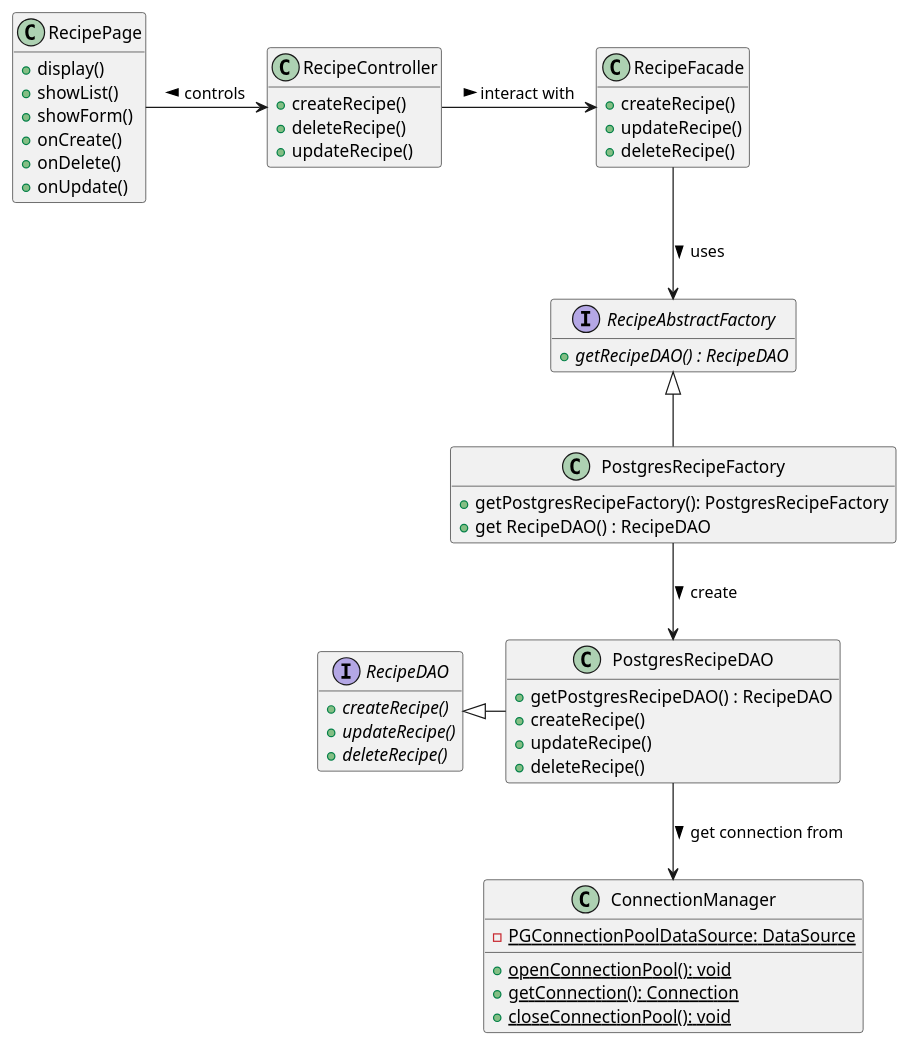
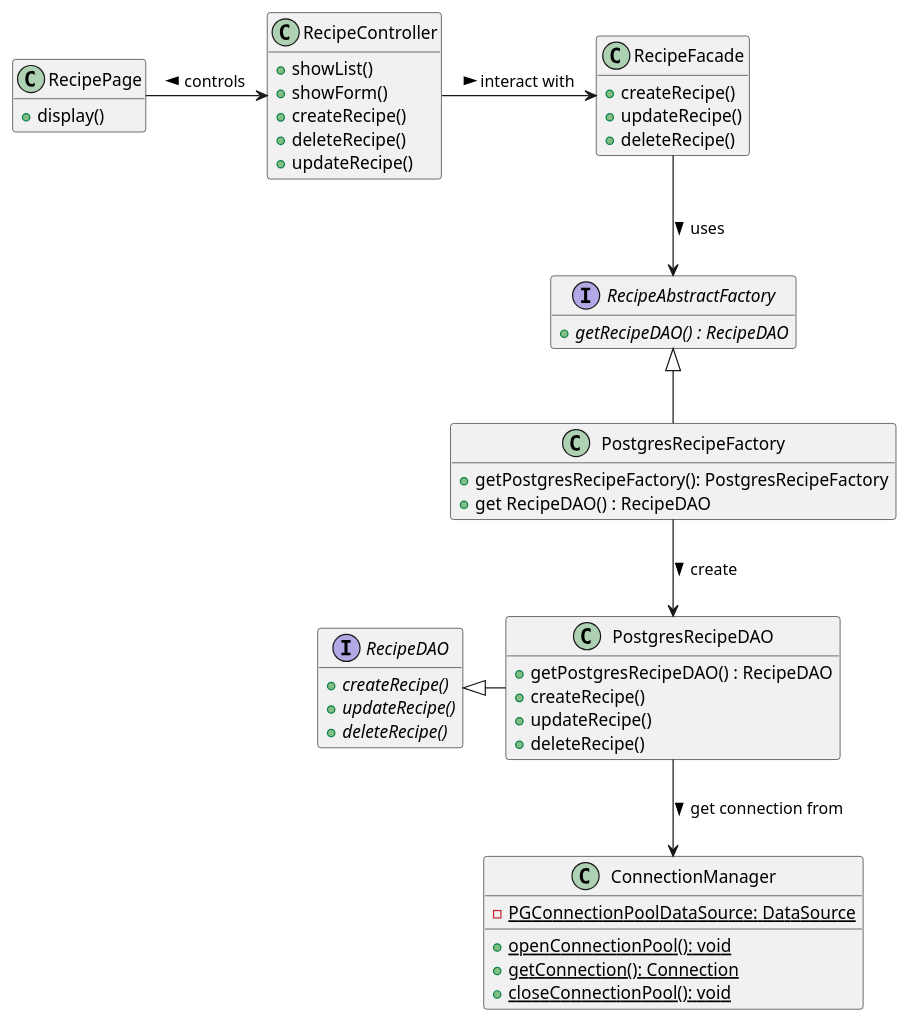
Before and after one commit to iusildra/WineCellar: the diagram in doc/reports/prototype/plantuml/RecipeManagement/recipeClassDiagram.plantuml, drawn with PlantUML. The commit also changed 3 other files, not shown here.

```diff
--- a/doc/reports/prototype/plantuml/RecipeManagement/recipeClassDiagram.plantuml
+++ b/doc/reports/prototype/plantuml/RecipeManagement/recipeClassDiagram.plantuml
@@ -2,78 +2,75 @@
 @startuml recipeClassDiagram
 hide empty members
 
 class RecipePage {
   + display()
-  + showList()
-  + showForm()
-  + onCreate()
-  + onDelete()
-  + onUpdate()
 }
 
 class RecipeController {
+  + showList()
+  + showForm()
   + createRecipe()
   + deleteRecipe()
   + updateRecipe()
 }
 
 
 class RecipeFacade {
   + createRecipe()
   + updateRecipe()
   + deleteRecipe()
 }
 
 
 interface RecipeAbstractFactory {
   + {abstract} getRecipeDAO() : RecipeDAO
 
 }
 
 
 class PostgresRecipeFactory {
   + getPostgresRecipeFactory(): PostgresRecipeFactory
   + get RecipeDAO() : RecipeDAO
 }
 
 
 Interface RecipeDAO {
   + {abstract} createRecipe()
   + {abstract} updateRecipe()
   + {abstract} deleteRecipe()
 }
 
 
 class PostgresRecipeDAO{
   + getPostgresRecipeDAO() : RecipeDAO
   + createRecipe()
   + updateRecipe()
   + deleteRecipe()
 }
 
 
 class ConnectionManager {
   - {static} PGConnectionPoolDataSource: DataSource
   + {static} openConnectionPool(): void
   + {static} getConnection(): Connection
   + {static} closeConnectionPool(): void
 }
 
 
 ' database "Postgres\nDatabase" as Postgres {
 
 ' }
 
 PostgresRecipeFactory -u-|> RecipeAbstractFactory
 PostgresRecipeDAO     -l-|> RecipeDAO
 
 RecipePage            -r-> RecipeController: <  controls
 RecipeController      -r-> RecipeFacade: > interact with
 RecipeFacade          --> RecipeAbstractFactory: > uses
 PostgresRecipeFactory --> PostgresRecipeDAO: > create
 PostgresRecipeDAO     --> ConnectionManager: > get connection from
 ' ConnectionManager     --> Postgres
 
 
 
 @enduml
```
